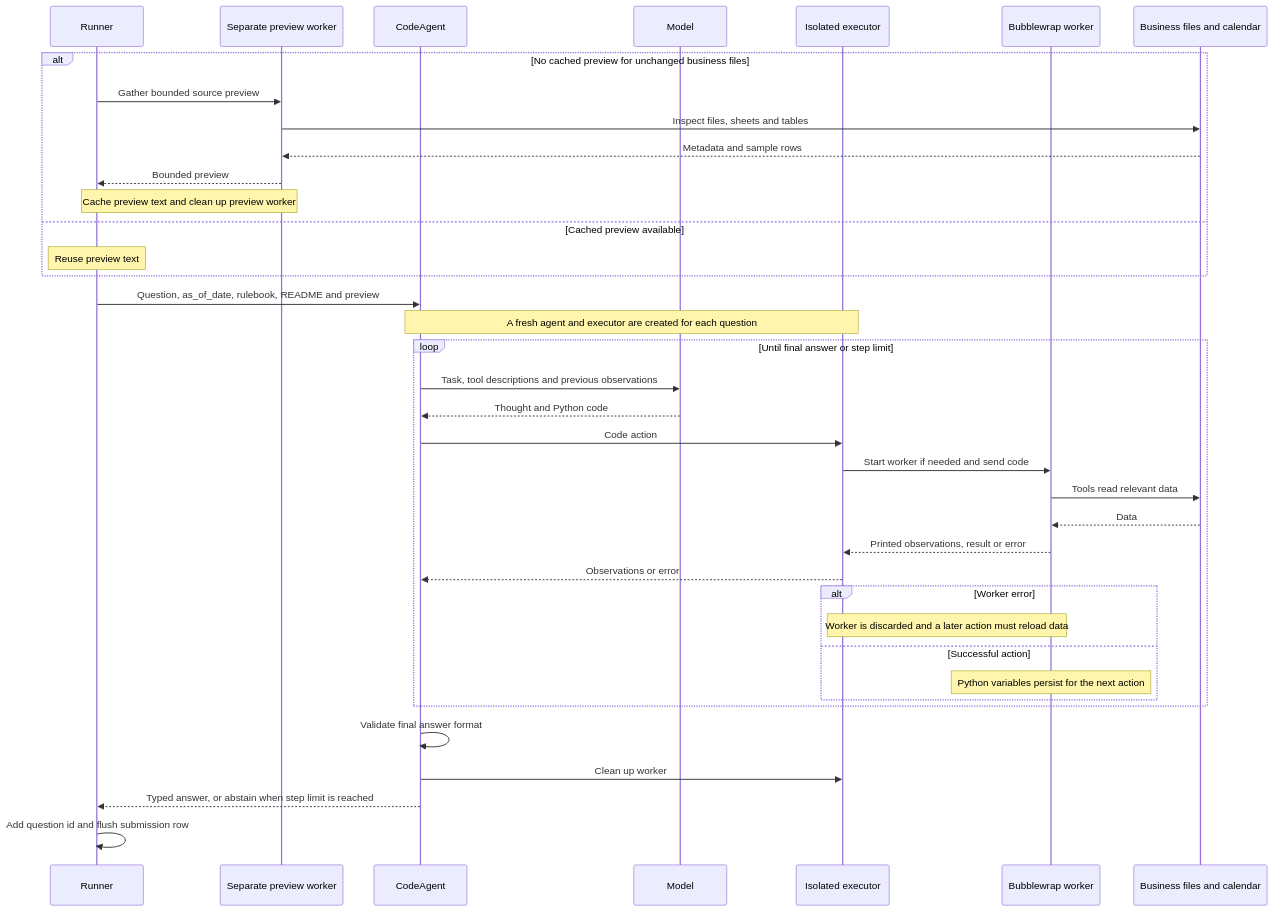
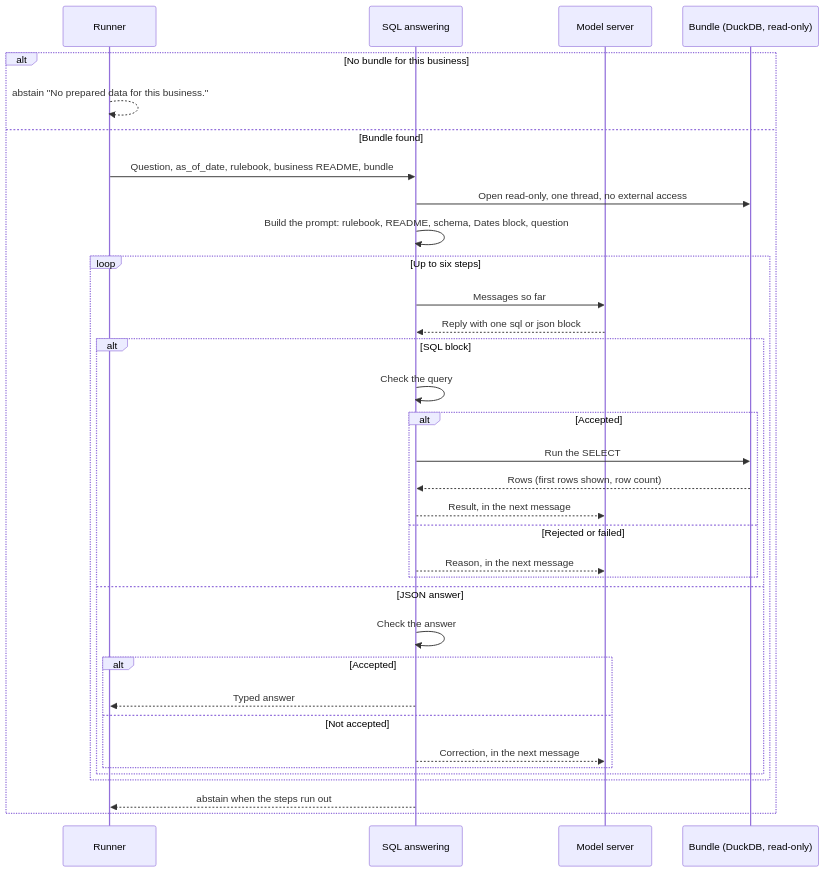
Before and after one commit to NguyenNhat4/Datamate-ZAC2026: the diagram in docs/diagrams/02-question-flow.md, drawn with Mermaid. The commit also changed other lines of this file and 13 other files, not shown here.

First line of the commit message:
Describe the SQL system in the README and diagrams; record the cleanup

````diff
--- a/docs/diagrams/02-question-flow.md
+++ b/docs/diagrams/02-question-flow.md
@@ -5,40 +5,36 @@
 ```mermaid
 sequenceDiagram
     participant R as Runner
-    participant P as Separate preview worker
-    participant A as CodeAgent
-    participant M as Model
-    participant E as Isolated executor
-    participant W as Bubblewrap worker
-    participant D as Business files and calendar
-    alt No cached preview for unchanged business files
-        R->>P: Gather bounded source preview
-        P->>D: Inspect files, sheets and tables
-        D-->>P: Metadata and sample rows
-        P-->>R: Bounded preview
-        Note over R,P: Cache preview text and clean up preview worker
-    else Cached preview available
-        Note over R: Reuse preview text
+    participant A as SQL answering
+    participant M as Model server
+    participant D as Bundle (DuckDB, read-only)
+    alt No bundle for this business
+        R-->>R: abstain "No prepared data for this business."
+    else Bundle found
+        R->>A: Question, as_of_date, rulebook, business README, bundle
+        A->>D: Open read-only, one thread, no external access
+        A->>A: Build the prompt: rulebook, README, schema, Dates block, question
+        loop Up to six steps
+            A->>M: Messages so far
+            M-->>A: Reply with one sql or json block
+            alt SQL block
+                A->>A: Check the query
+                alt Accepted
+                    A->>D: Run the SELECT
+                    D-->>A: Rows (first rows shown, row count)
+                    A-->>M: Result, in the next message
+                else Rejected or failed
+                    A-->>M: Reason, in the next message
+                end
+            else JSON answer
+                A->>A: Check the answer
+                alt Accepted
+                    A-->>R: Typed answer
+                else Not accepted
+                    A-->>M: Correction, in the next message
+                end
+            end
+        end
+        A-->>R: abstain when the steps run out
     end
-    R->>A: Question, as_of_date, rulebook, README and preview
-    Note over A,E: A fresh agent and executor are created for each question
-    loop Until final answer or step limit
-        A->>M: Task, tool descriptions and previous observations
-        M-->>A: Thought and Python code
-        A->>E: Code action
-        E->>W: Start worker if needed and send code
-        W->>D: Tools read relevant data
-        D-->>W: Data
-        W-->>E: Printed observations, result or error
-        E-->>A: Observations or error
-        alt Worker error
-            Note over E,W: Worker is discarded and a later action must reload data
-        else Successful action
-            Note over W: Python variables persist for the next action
-        end
-    end
-    A->>A: Validate final answer format
-    A->>E: Clean up worker
-    A-->>R: Typed answer, or abstain when step limit is reached
-    R->>R: Add question id and flush submission row
 ```
````
